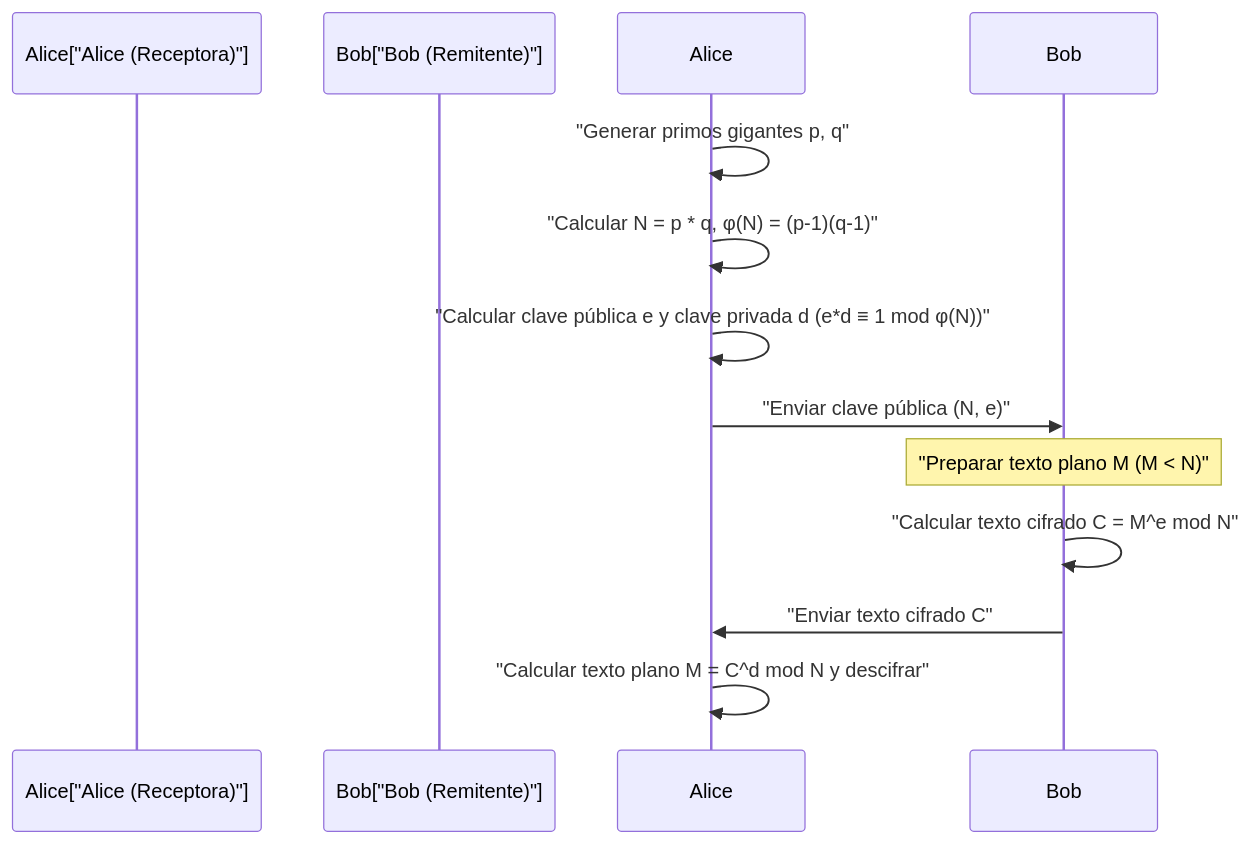
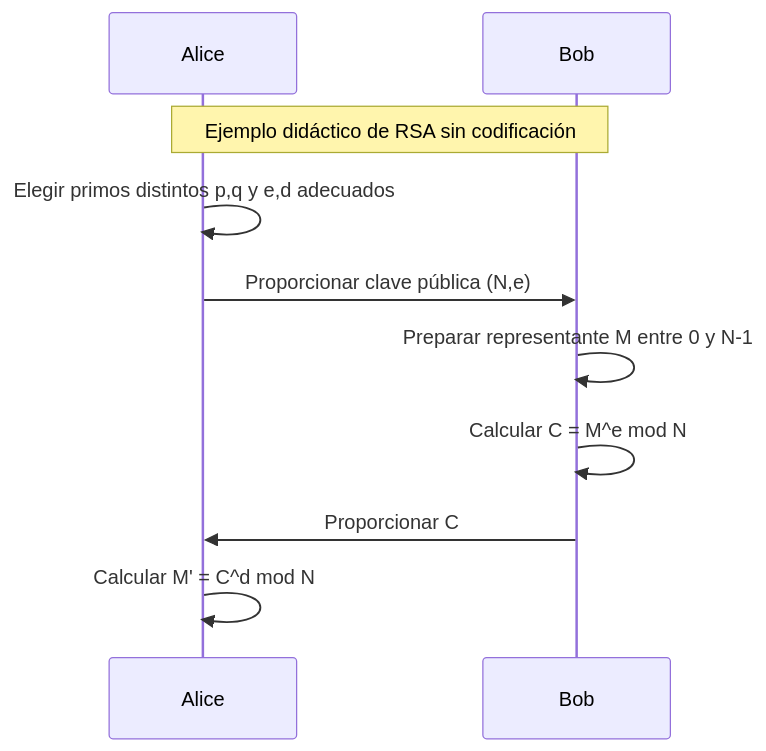
The second of 2 diagrams in content/post/フェルマーの小定理と暗号化/index.es.md (kenjinote/blog), drawn with Mermaid before and after one commit. The commit also changed other lines of this file and 5 other files, not shown here.

````diff
--- a/content/post/フェルマーの小定理と暗号化/index.es.md
+++ b/content/post/フェルマーの小定理と暗号化/index.es.md
@@ -295,14 +210,12 @@
 ```mermaid
 sequenceDiagram
-    participant Alice["Alice (Receptora)"]
-    participant Bob["Bob (Remitente)"]
-    
-    Alice->>Alice: "Generar primos gigantes p, q"
-    Alice->>Alice: "Calcular N = p * q, φ(N) = (p-1)(q-1)"
-    Alice->>Alice: "Calcular clave pública e y clave privada d (e*d ≡ 1 mod φ(N))"
-    Alice->>Bob: "Enviar clave pública (N, e)"
-    Note over Bob: "Preparar texto plano M (M < N)"
-    Bob->>Bob: "Calcular texto cifrado C = M^e mod N"
-    Bob->>Alice: "Enviar texto cifrado C"
-    Alice->>Alice: "Calcular texto plano M = C^d mod N y descifrar"
+    participant Alice as Alice
+    participant Bob as Bob
+    Note over Alice,Bob: Ejemplo didáctico de RSA sin codificación
+    Alice->>Alice: Elegir primos distintos p,q y e,d adecuados
+    Alice->>Bob: Proporcionar clave pública (N,e)
+    Bob->>Bob: Preparar representante M entre 0 y N-1
+    Bob->>Bob: Calcular C = M^e mod N
+    Bob->>Alice: Proporcionar C
+    Alice->>Alice: Calcular M' = C^d mod N
 ```
````
